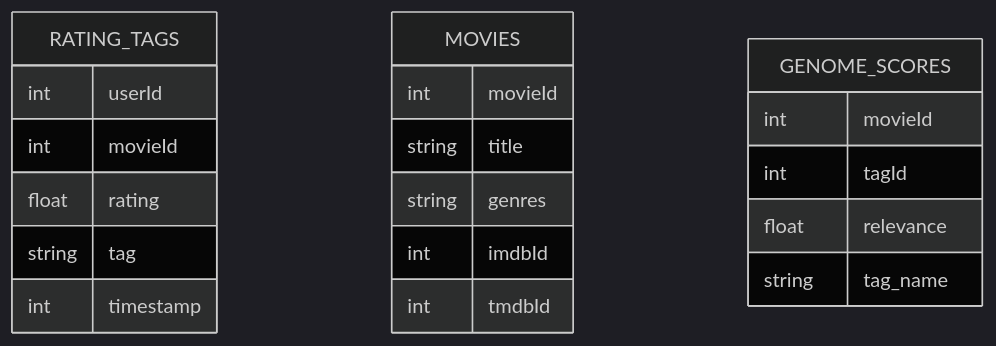
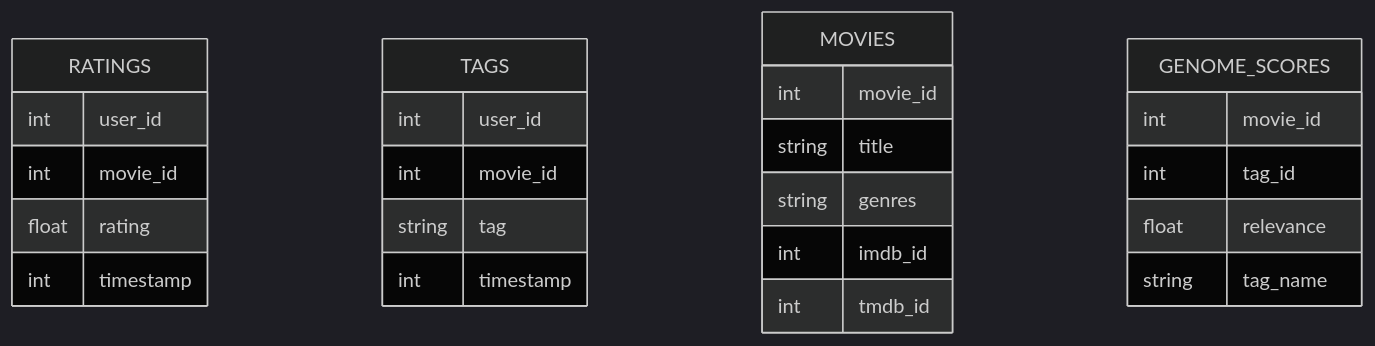
One commit to phucvinh57/dw_dss changed the first of 2 diagrams in README.md. Above: the diagram before and after it, drawn with Mermaid (dark theme). The commit also changed other lines of this file and 1 other file, not shown here.

Commit message:
etl for ratings and tags

````diff
--- a/README.md
+++ b/README.md
@@ -55,23 +55,28 @@
 ```mermaid
 erDiagram
-    RATING_TAGS {
-        int userId
-        int movieId
+    RATINGS {
+        int user_id
+        int movie_id
         float rating
+        int timestamp
+    }
+    TAGS {
+        int user_id
+        int movie_id
         string tag
         int timestamp
     }
     MOVIES {
-        int movieId
+        int movie_id
         string title
         string genres
-        int imdbId
-        int tmdbId
+        int imdb_id
+        int tmdb_id
     }
     GENOME_SCORES {
-        int movieId
-        int tagId
+        int movie_id
+        int tag_id
         float relevance
         string tag_name
     }
 ```
````
